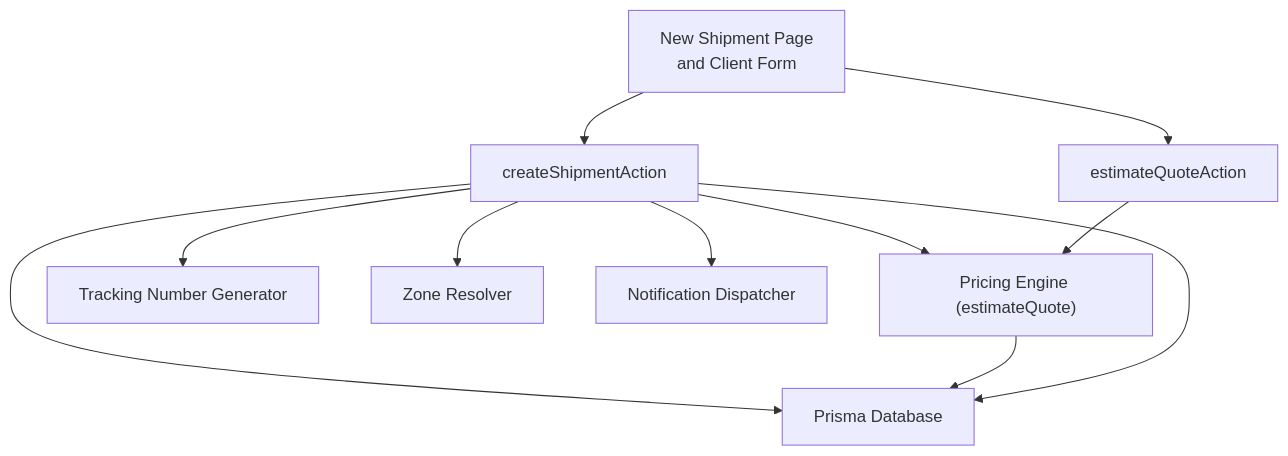
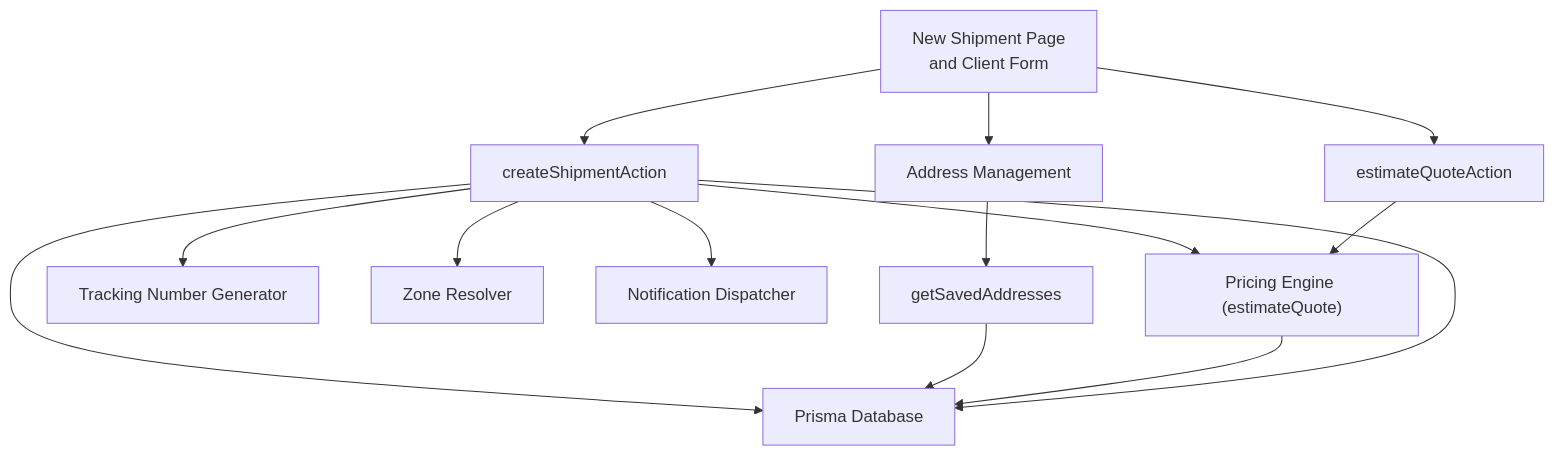
One commit to gyamposudodzi/Timberland changed the first of 8 diagrams in .qoder/repowiki/en/content/Shipment Management/Shipment Creation.md. Above: the diagram before and after it, drawn with Mermaid. The commit also changed other lines of this file and 28 other files, not shown here.

First line of the commit message:
feat(address): enhance shipment workflow with saved address copying and management

````diff
--- a/.qoder/repowiki/en/content/Shipment Management/Shipment Creation.md
+++ b/.qoder/repowiki/en/content/Shipment Management/Shipment Creation.md
@@ -51,13 +65,16 @@
 ```mermaid
 graph TB
 UI["New Shipment Page<br/>and Client Form"] --> SA["createShipmentAction"]
 UI --> QA["estimateQuoteAction"]
+UI --> AM["Address Management"]
 SA --> PR["Pricing Engine (estimateQuote)"]
 SA --> DB["Prisma Database"]
 SA --> TN["Tracking Number Generator"]
 SA --> ZN["Zone Resolver"]
 SA --> NT["Notification Dispatcher"]
 QA --> PR
+AM --> AS["getSavedAddresses"]
+AS --> DB
 PR --> DB
 SA --> DB
 ```
````
